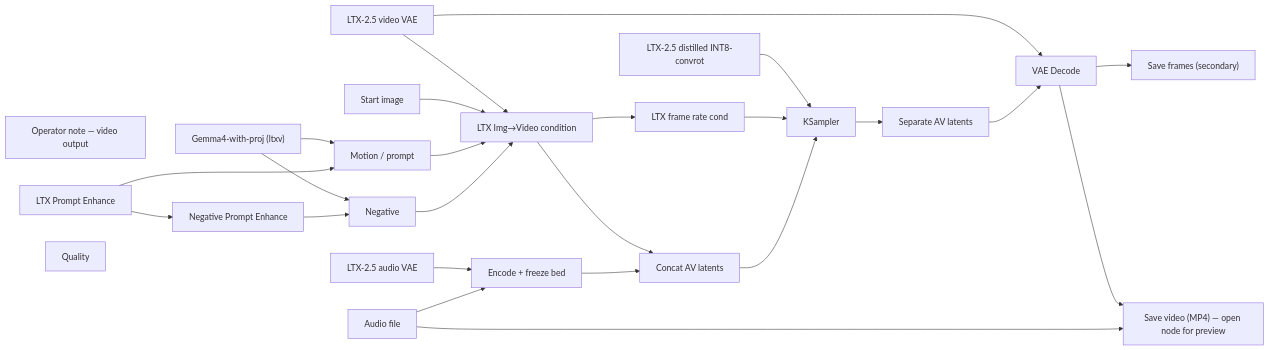
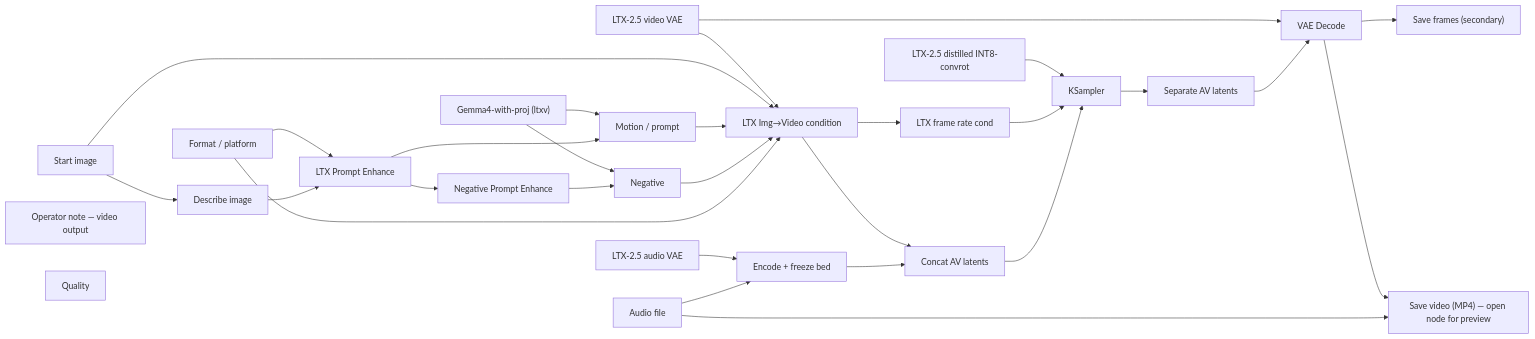
Before and after one commit to toxicoder/ez-comfy-stack: the diagram in docs/generated/workflows/motion/av/audio-to-video-12s.md, drawn with Mermaid. The commit also changed other lines of this file and 405 other files, not shown here.

````diff
--- a/docs/generated/workflows/motion/av/audio-to-video-12s.md
+++ b/docs/generated/workflows/motion/av/audio-to-video-12s.md
@@ -56,47 +58,53 @@
 ```mermaid
 flowchart LR
   N1["LTX-2.5 distilled INT8-convrot"]
   N2["LTX-2.5 video VAE"]
   N3["Gemma4-with-proj (ltxv)"]
   N4["Start image"]
   N5["Motion / prompt"]
   N6["Negative"]
   N7["LTX Img→Video condition"]
   N8["LTX frame rate cond"]
   N9["KSampler"]
   N10["VAE Decode"]
   N12["Save frames (secondary)"]
   N13["LTX-2.5 audio VAE"]
   N15["Concat AV latents"]
   N16["Separate AV latents"]
   N17["Operator note — video output"]
   N18["Save video (MP4) — open node for preview"]
   N19["LTX Prompt Enhance"]
   N21["Negative Prompt Enhance"]
   N22["Audio file"]
   N23["Encode + freeze bed"]
   N24["Quality"]
+  N25["Format / platform"]
+  N26["Describe image"]
   N1 --> N9
   N2 --> N7
   N2 --> N10
   N3 --> N5
   N3 --> N6
   N4 --> N7
+  N4 --> N26
   N5 --> N7
   N6 --> N7
   N7 --> N8
   N7 --> N15
   N8 --> N9
   N9 --> N16
   N10 --> N12
   N10 --> N18
   N13 --> N23
   N15 --> N9
   N16 --> N10
   N19 --> N5
   N19 --> N21
   N21 --> N6
   N22 --> N23
   N22 --> N18
   N23 --> N15
+  N25 --> N7
+  N25 --> N19
+  N26 --> N19
 ```
````
